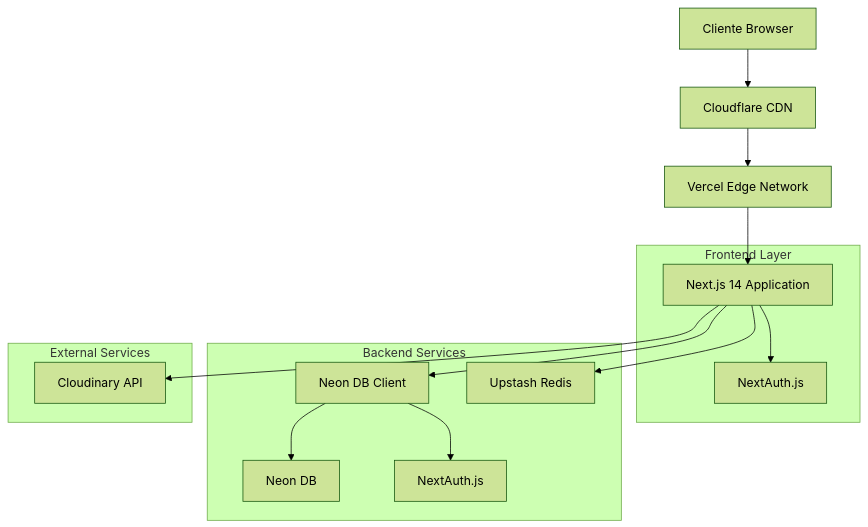
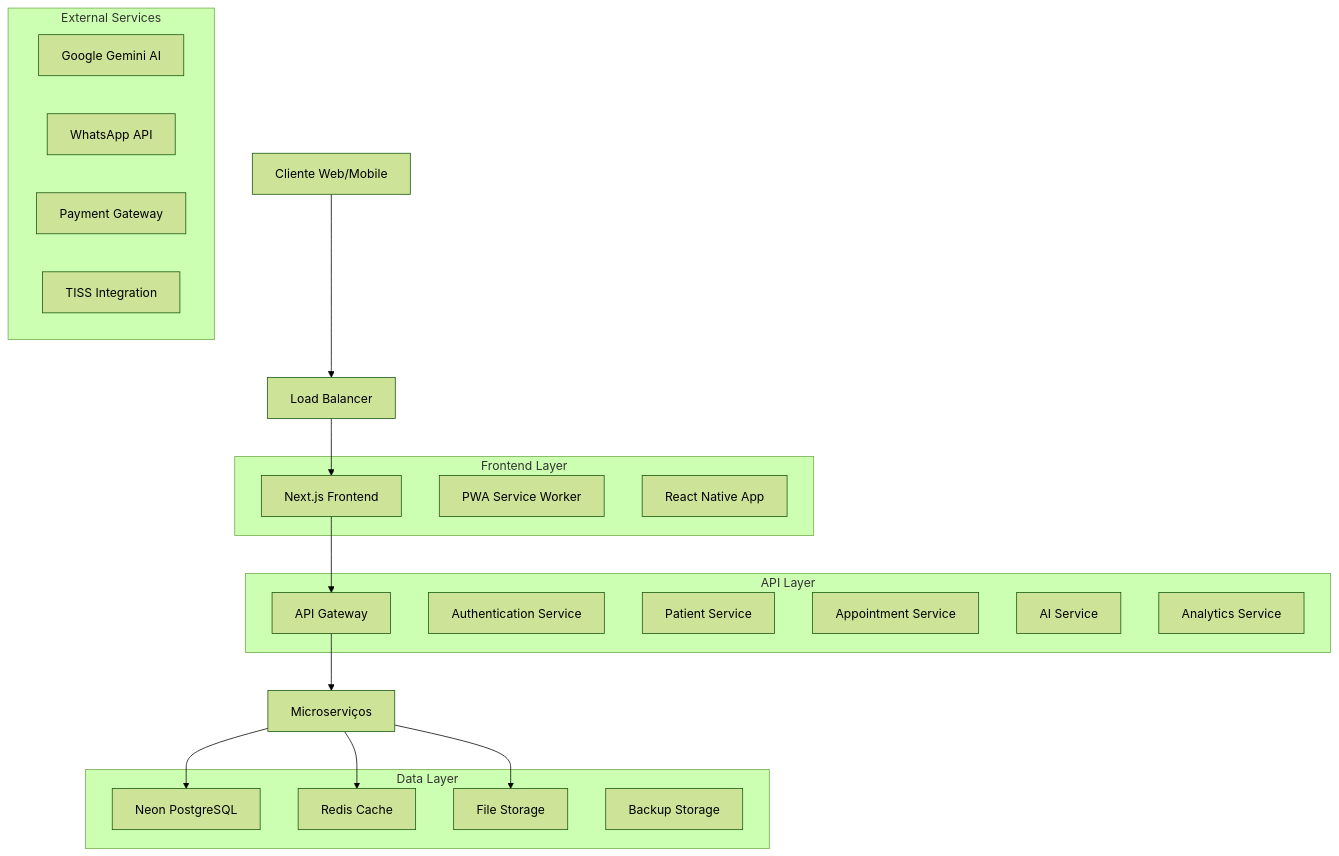
Before and after one commit to rafaelminatto1/fisioflow-aistudio: the first of 3 diagrams in .trae/documents/arquitetura-tecnica-fisioflow.md, drawn with Mermaid (forest theme). The commit also changed other lines of this file and 209 other files, not shown here.

````diff
--- a/.trae/documents/arquitetura-tecnica-fisioflow.md
+++ b/.trae/documents/arquitetura-tecnica-fisioflow.md
@@ -5,28 +6,39 @@
 ```mermaid
 graph TD
-    A[Cliente Browser] --> B[Cloudflare CDN]
-    B --> C[Vercel Edge Network]
-    C --> D[Next.js 14 Application]
-    D --> E[NextAuth.js]
-    D --> F[Neon DB Client]
-    F --> G[Neon DB]
-    F --> H[NextAuth.js]
-    D --> I[Upstash Redis]
-    D --> J[Cloudinary API]
+    A[Cliente Web/Mobile] --> B[Load Balancer]
+    B --> C[Next.js Frontend]
+    C --> D[API Gateway]
+    D --> E[Microserviços]
+    E --> F[Neon PostgreSQL]
+    E --> G[Redis Cache]
+    E --> H[File Storage]
     
     subgraph "Frontend Layer"
-        D
-        E
+        C
+        I[PWA Service Worker]
+        J[React Native App]
     end
     
-    subgraph "Backend Services"
+    subgraph "API Layer"
+        D
+        K[Authentication Service]
+        L[Patient Service]
+        M[Appointment Service]
+        N[AI Service]
+        O[Analytics Service]
+    end
+    
+    subgraph "Data Layer"
         F
         G
         H
-        I
+        P[Backup Storage]
     end
     
     subgraph "External Services"
-        J
+        Q[Google Gemini AI]
+        R[WhatsApp API]
+        S[Payment Gateway]
+        T[TISS Integration]
     end
 ```
````
